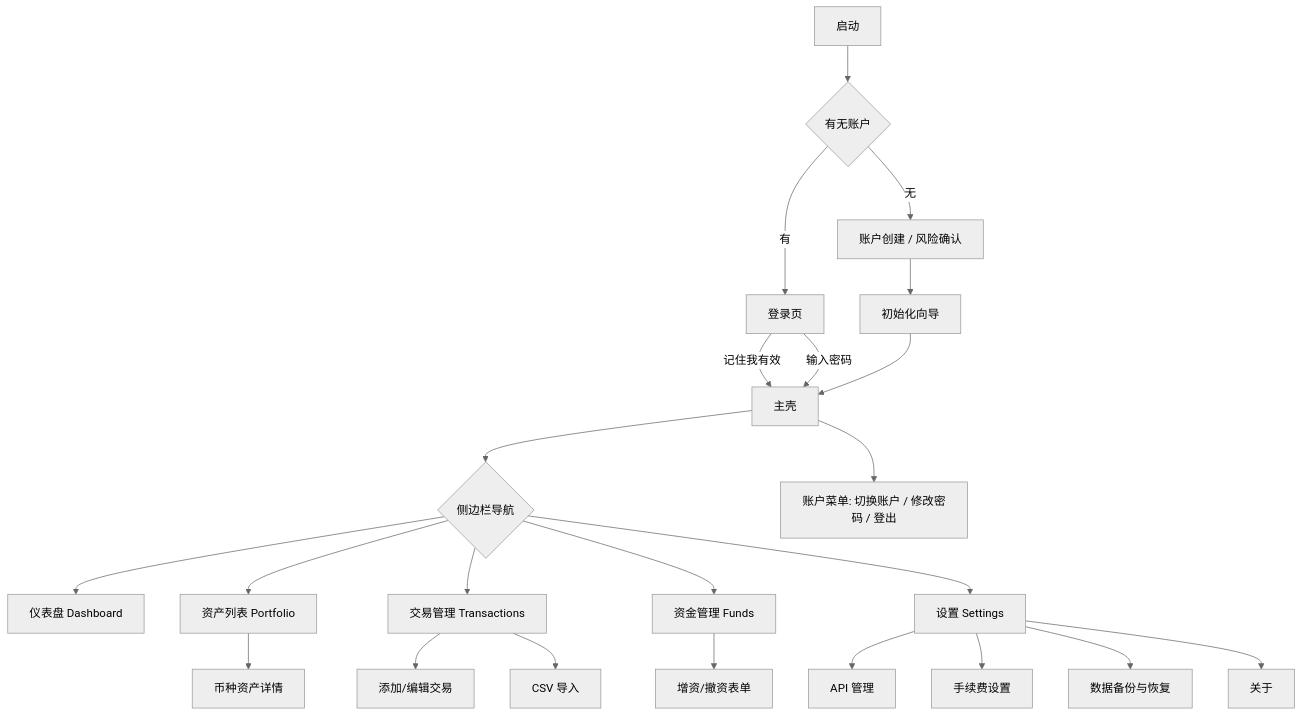
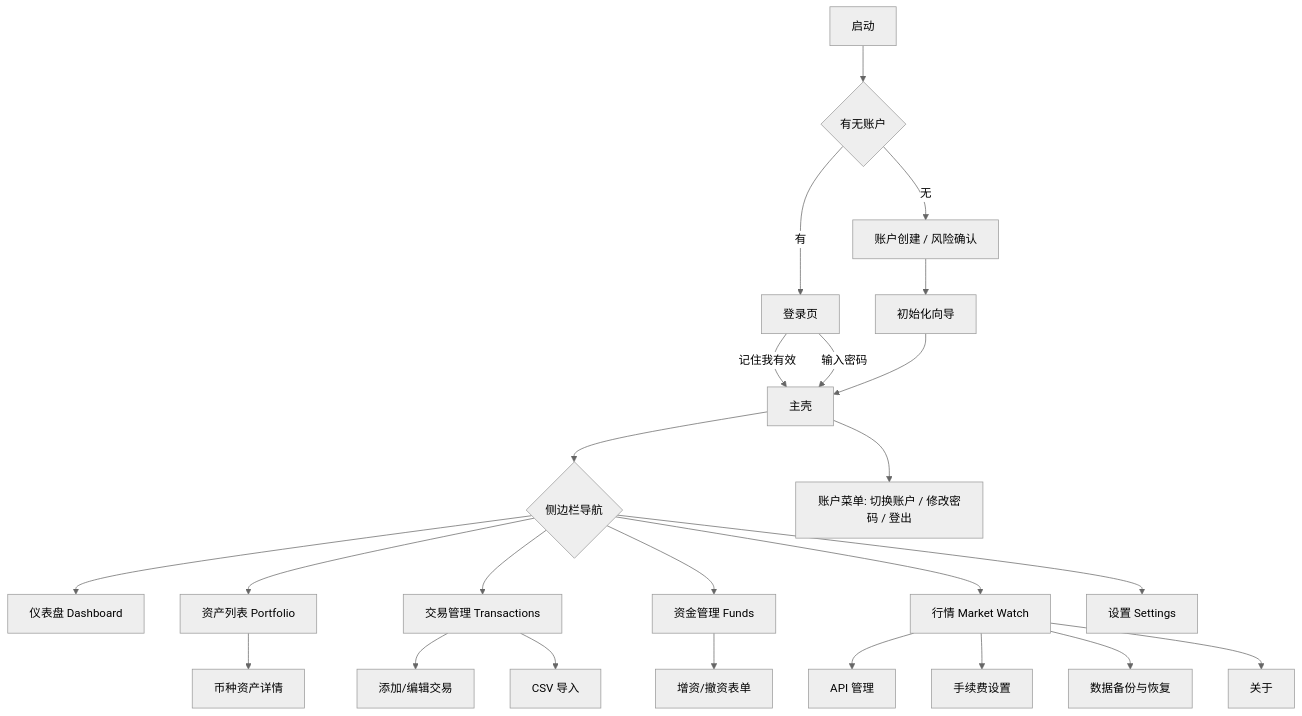
The diagram in docs/design/ia.md (mapleafly/wuzhufolio), drawn with Mermaid (neutral theme) before and after one commit. The commit also changed other lines of this file and 18 other files, not shown here.

````diff
--- a/docs/design/ia.md
+++ b/docs/design/ia.md
@@ -12,25 +12,26 @@
 ```mermaid
 graph TD
   A[启动] --> B{有无账户}
   B -- 无 --> C[账户创建 / 风险确认]
   C --> D[初始化向导]
   B -- 有 --> L[登录页]
   L -- 记住我有效 --> E[主壳]
   L -- 输入密码 --> E
   D --> E[主壳]
   E --> S{侧边栏导航}
   S --> P1[仪表盘 Dashboard]
   S --> P2[资产列表 Portfolio]
   S --> P3[交易管理 Transactions]
   S --> P4[资金管理 Funds]
-  S --> P5[设置 Settings]
+  S --> P5[行情 Market Watch]
+  S --> P6[设置 Settings]
   P2 --> P2a[币种资产详情]
   P3 --> P3a[添加/编辑交易]
   P3 --> P3b[CSV 导入]
   P4 --> P4a[增资/撤资表单]
   P5 --> P5a[API 管理]
   P5 --> P5b[手续费设置]
   P5 --> P5c[数据备份与恢复]
   P5 --> P5d[关于]
   E --> M[账户菜单: 切换账户 / 修改密码 / 登出]
 ```
````
